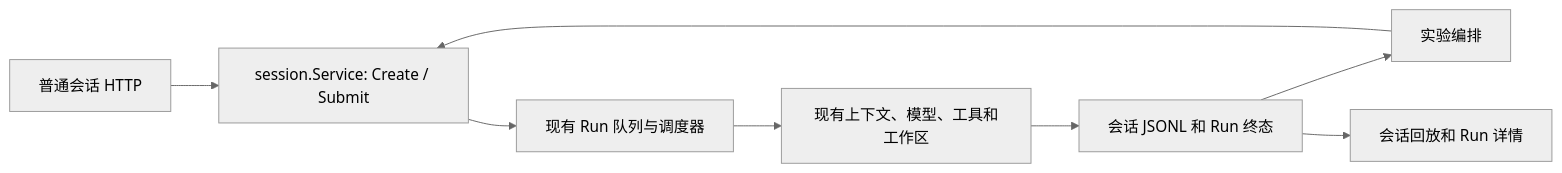
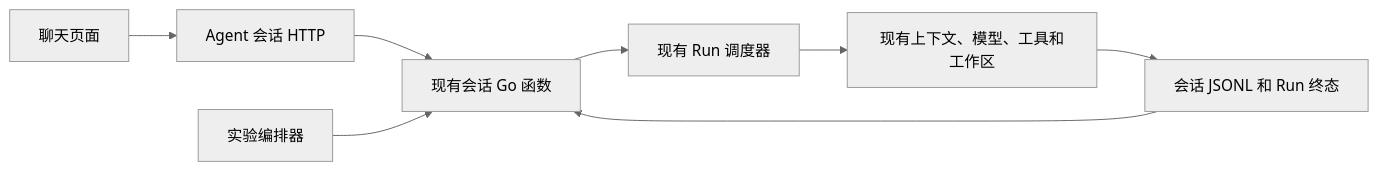
Before and after one commit to imalimin/mass: the diagram in docs/evaluation-design.md, drawn with Mermaid (neutral theme). The commit also changed other lines of this file, not shown here.

````diff
--- a/docs/evaluation-design.md
+++ b/docs/evaluation-design.md
@@ -15,10 +15,10 @@
 ```mermaid
 flowchart LR
-    Chat[普通会话 HTTP] --> Session[session.Service: Create / Submit]
-    Worker[实验编排] --> Session
-    Session --> Queue[现有 Run 队列与调度器]
+    Chat[聊天页面] --> API[Agent 会话 HTTP]
+    API --> Service[现有会话 Go 函数]
+    Worker[实验编排器] --> Service
+    Service --> Queue[现有 Run 调度器]
     Queue --> Runtime[现有上下文、模型、工具和工作区]
     Runtime --> Terminal[会话 JSONL 和 Run 终态]
-    Terminal --> Worker
-    Terminal --> Detail[会话回放和 Run 详情]
+    Terminal --> Service
 ```
````
